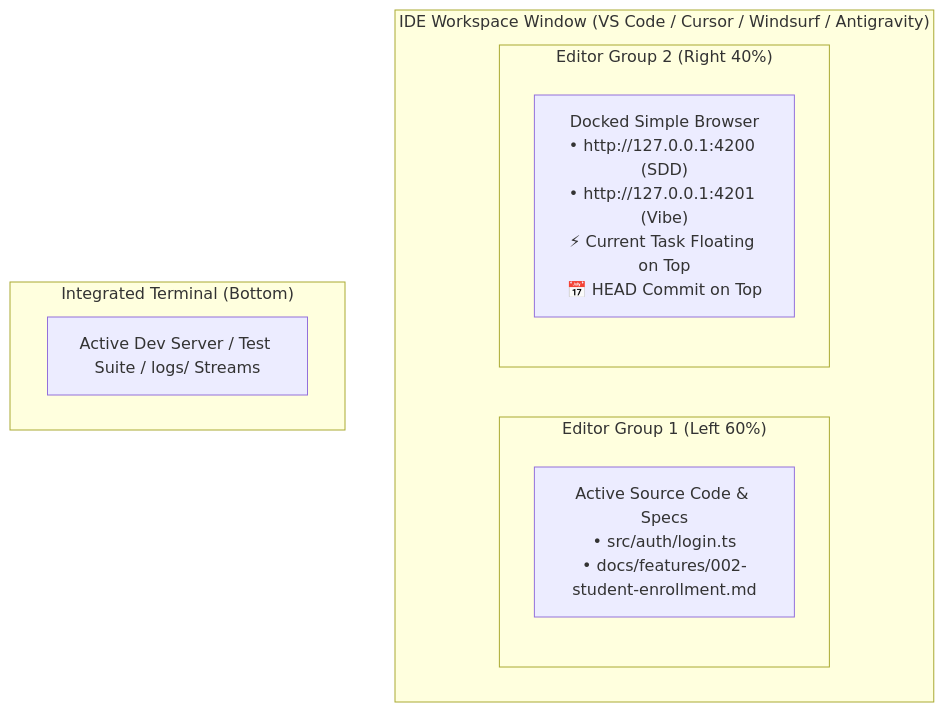
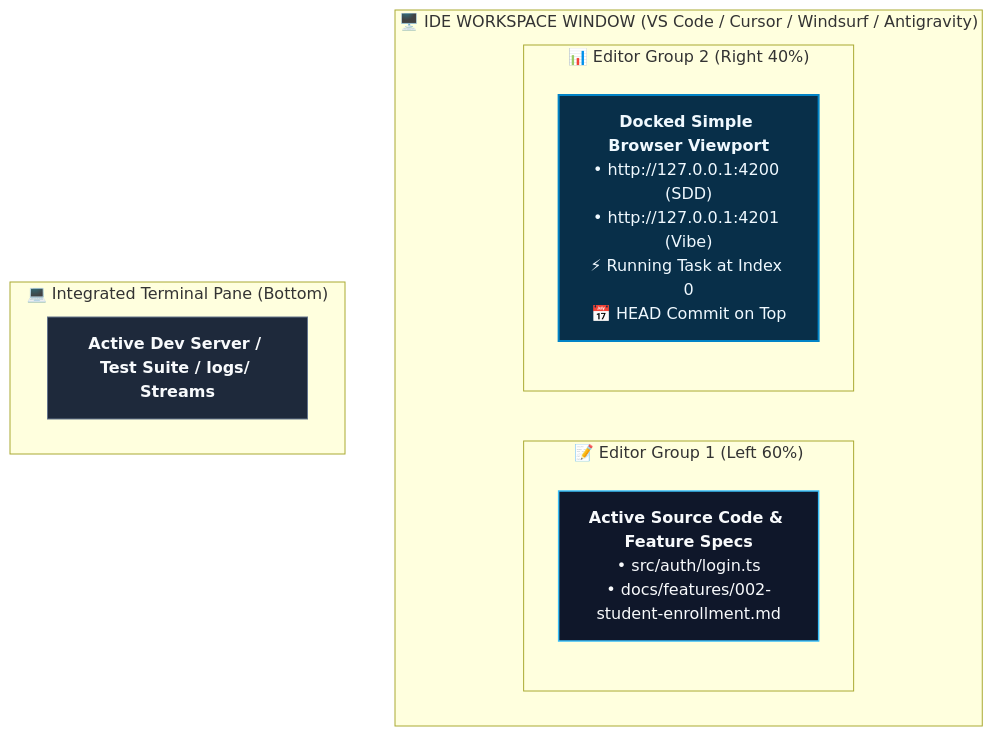
One commit to rmsofficialsyt/Agentic-AI-Vibe-Coding-AND-SDD-TDD-Codebase-Chandan-Adhikary changed the third of 5 diagrams in PROJECT-MANAGER-DASHBOARD-GUIDE.md. Above: the diagram before and after it, drawn with Mermaid. The commit also changed other lines of this file and 23 other files, not shown here.

Commit message:
docs: redesign diagrams to Eraser.io visual style and regenerate MANIFEST.json

````diff
--- a/PROJECT-MANAGER-DASHBOARD-GUIDE.md
+++ b/PROJECT-MANAGER-DASHBOARD-GUIDE.md
@@ -146,15 +157,19 @@
 ```mermaid
 flowchart TD
-    subgraph IDEWindow ["IDE Workspace Window (VS Code / Cursor / Windsurf / Antigravity)"]
+    classDef editor fill:#0f172a,stroke:#38bdf8,stroke-width:1.5px,color:#f8fafc;
+    classDef dash fill:#082f49,stroke:#0284c7,stroke-width:2px,color:#f0f9ff;
+    classDef term fill:#1e293b,stroke:#64748b,stroke-width:1px,color:#f8fafc;
+
+    subgraph IDEWindow ["🖥️ IDE WORKSPACE WINDOW (VS Code / Cursor / Windsurf / Antigravity)"]
         direction LR
-        subgraph EditorGroup1 ["Editor Group 1 (Left 60%)"]
-            SourceCode["Active Source Code & Specs<br/>• src/auth/login.ts<br/>• docs/features/002-student-enrollment.md"]
+        subgraph Col1 ["📝 Editor Group 1 (Left 60%)"]
+            SourceCode["<b>Active Source Code & Feature Specs</b><br/>• src/auth/login.ts<br/>• docs/features/002-student-enrollment.md"]:::editor
         end
-        subgraph EditorGroup2 ["Editor Group 2 (Right 40%)"]
-            SimpleBrowser["Docked Simple Browser<br/>• http://127.0.0.1:4200 (SDD)<br/>• http://127.0.0.1:4201 (Vibe)<br/>⚡ Current Task Floating on Top<br/>📅 HEAD Commit on Top"]
+        subgraph Col2 ["📊 Editor Group 2 (Right 40%)"]
+            SimpleBrowser["<b>Docked Simple Browser Viewport</b><br/>• http://127.0.0.1:4200 (SDD)<br/>• http://127.0.0.1:4201 (Vibe)<br/>⚡ Running Task at Index 0<br/>📅 HEAD Commit on Top"]:::dash
         end
     end
-    subgraph TerminalPane ["Integrated Terminal (Bottom)"]
-        DevServer["Active Dev Server / Test Suite / logs/ Streams"]
+    subgraph TerminalPane ["💻 Integrated Terminal Pane (Bottom)"]
+        DevServer["<b>Active Dev Server / Test Suite / logs/ Streams</b>"]:::term
     end
 ```
````
